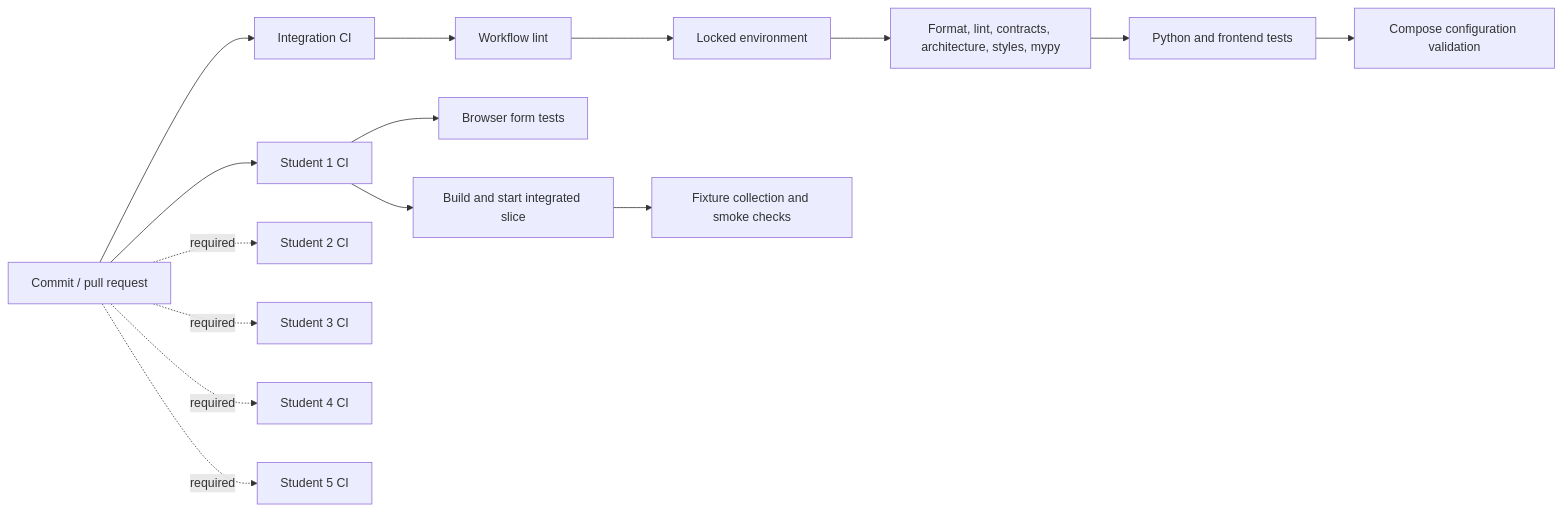
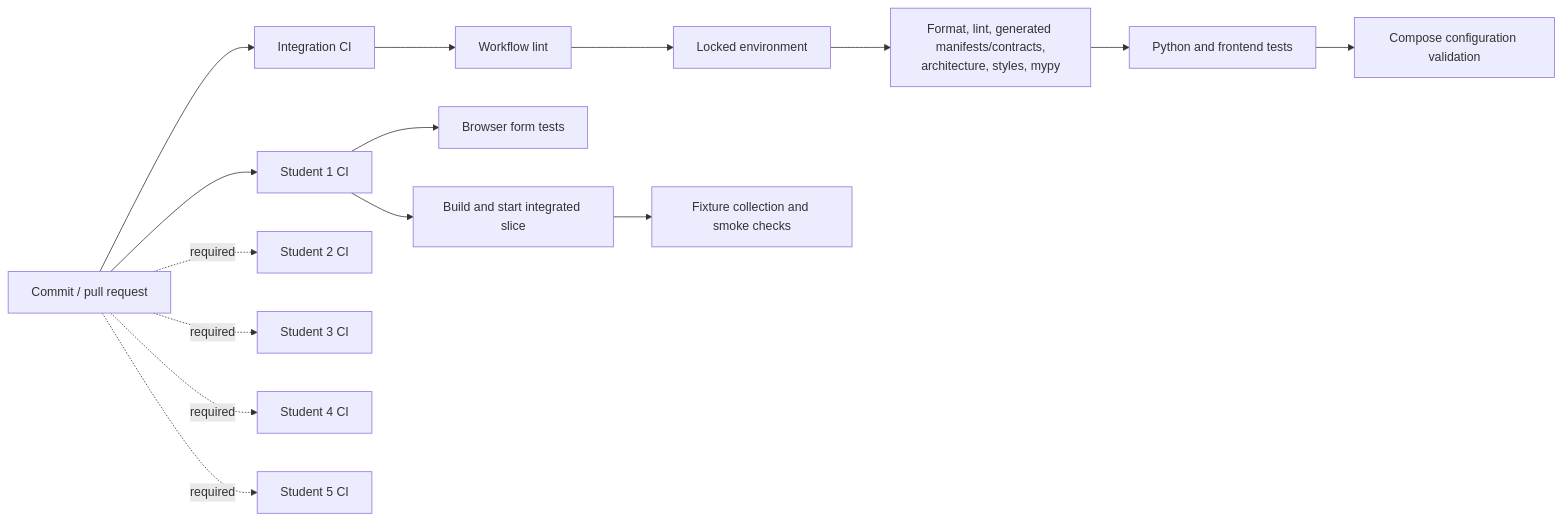
The fifth of 5 diagrams in docs/reports/release-0-technical-report.md (MattShelton04/41026ASDProject), drawn with Mermaid before and after one commit. The commit also changed other lines of this file, not shown here.

````diff
--- a/docs/reports/release-0-technical-report.md
+++ b/docs/reports/release-0-technical-report.md
@@ -431,17 +475,17 @@
 ```mermaid
 flowchart LR
     C[Commit / pull request] --> I[Integration CI]
     I --> L[Workflow lint]
     L --> E[Locked environment]
-    E --> Q[Format, lint, contracts, architecture, styles, mypy]
+    E --> Q[Format, lint, generated manifests/contracts,<br/>architecture, styles, mypy]
     Q --> T[Python and frontend tests]
     T --> CC[Compose configuration validation]
     C --> S1[Student 1 CI]
     S1 --> B[Browser form tests]
     S1 --> D[Build and start integrated slice]
     D --> SM[Fixture collection and smoke checks]
     C -. required .-> S2[Student 2 CI]
     C -. required .-> S3[Student 3 CI]
     C -. required .-> S4[Student 4 CI]
     C -. required .-> S5[Student 5 CI]
 ```
````
